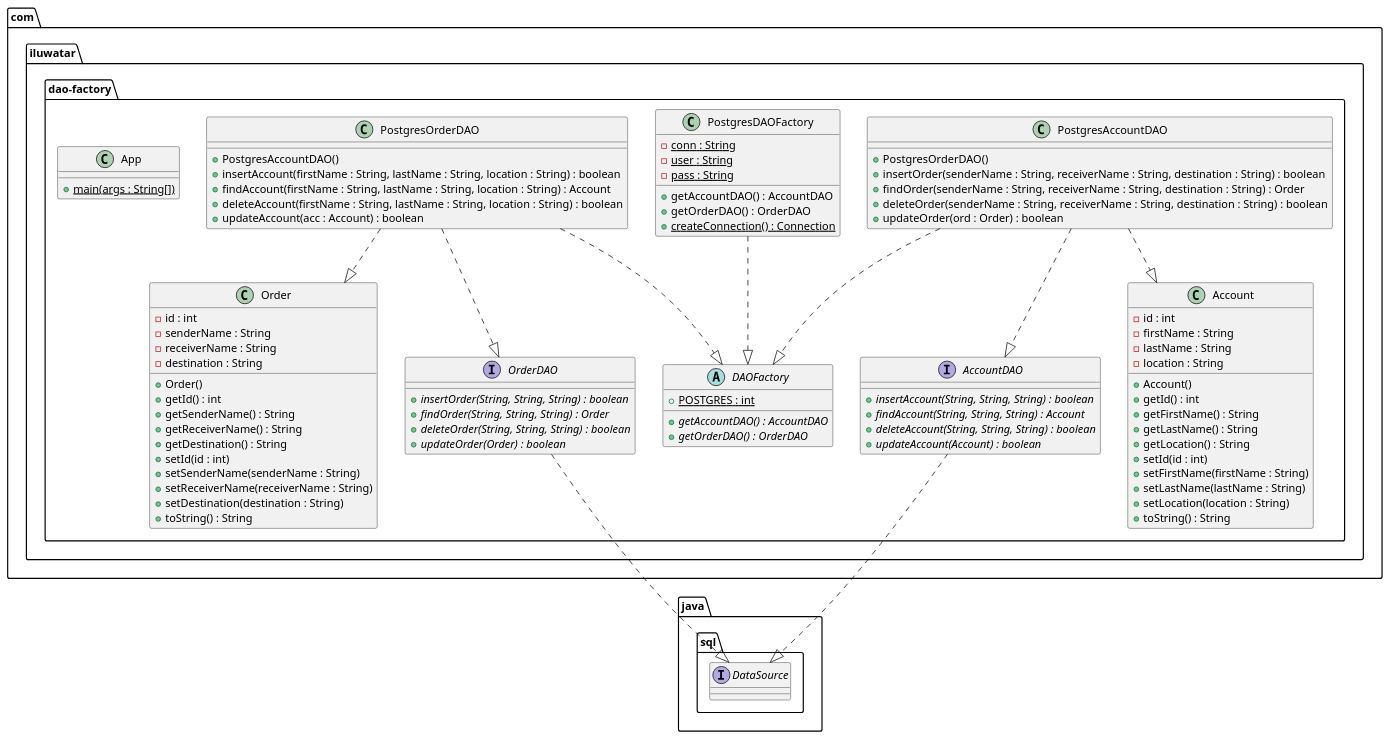
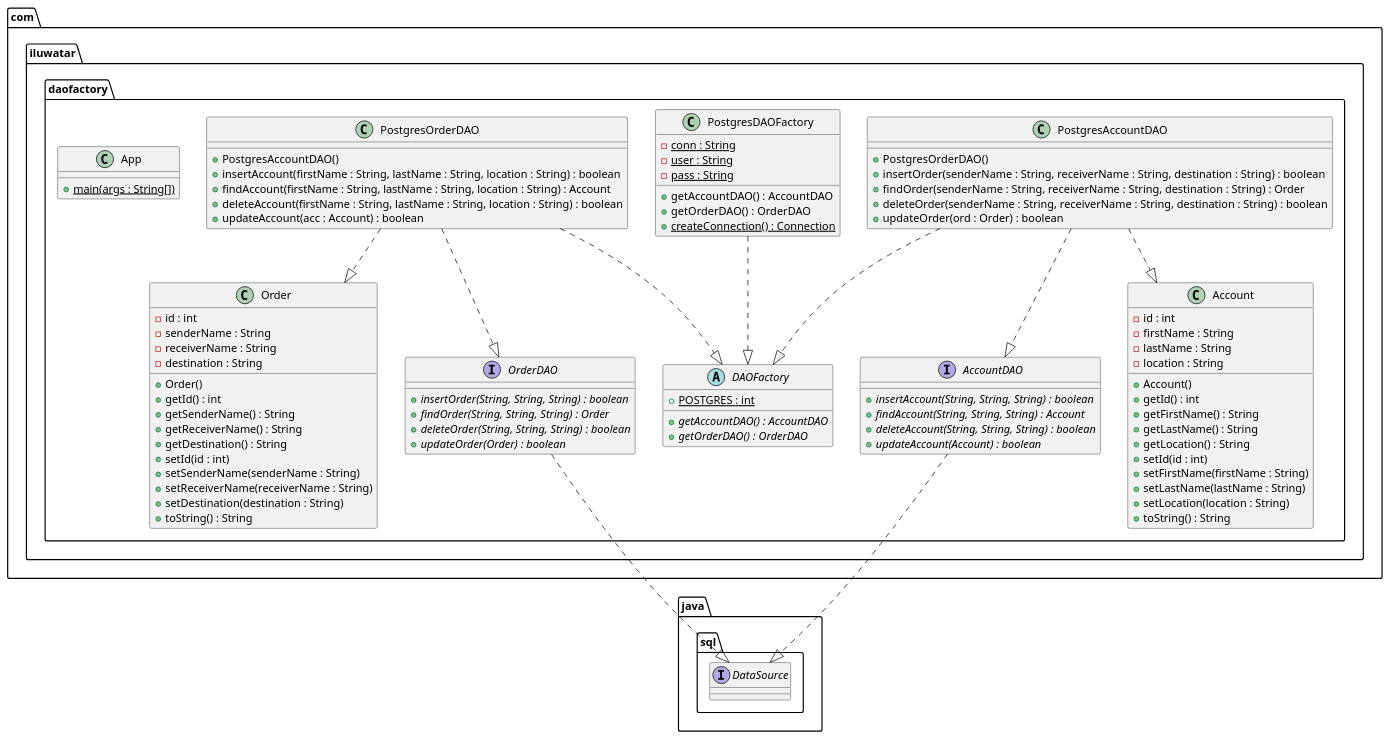
One commit to iluwatar/java-design-patterns changed the diagram in dao-factory/etc/dao-factory.urm.puml. Above: the diagram before and after it, drawn with PlantUML. The commit also changed 2 other files, not shown here.

Commit message:
Updates class diagram

```diff
--- a/dao-factory/etc/dao-factory.urm.puml
+++ b/dao-factory/etc/dao-factory.urm.puml
@@ -1,91 +1,91 @@
 @startuml
-package com.iluwatar.dao-factory {
+package com.iluwatar.daofactory {
     class Account {
     - id : int
     - firstName : String
     - lastName : String
     - location : String
     + Account()
     + getId() : int
     + getFirstName() : String
     + getLastName() : String
     + getLocation() : String
     + setId(id : int)
     + setFirstName(firstName : String)
     + setLastName(lastName : String)
     + setLocation(location : String)
     + toString() : String
   }
   class Order {
     - id : int
     - senderName : String
     - receiverName : String
     - destination : String
     + Order()
     + getId() : int
     + getSenderName() : String
     + getReceiverName() : String
     + getDestination() : String
     + setId(id : int)
     + setSenderName(senderName : String)
     + setReceiverName(receiverName : String)
     + setDestination(destination : String)
     + toString() : String
   }
   interface AccountDAO {
     + insertAccount(String, String, String) : boolean {abstract}
     + findAccount(String, String, String) : Account {abstract}
     + deleteAccount(String, String, String) : boolean {abstract}
     + updateAccount(Account) : boolean {abstract}
   }
   interface OrderDAO {
     + insertOrder(String, String, String) : boolean {abstract}
     + findOrder(String, String, String) : Order {abstract}
     + deleteOrder(String, String, String) : boolean {abstract}
     + updateOrder(Order) : boolean {abstract}
   }
   abstract class DAOFactory {
     + POSTGRES : int {static}
     + getAccountDAO() : AccountDAO {abstract}
     + getOrderDAO() : OrderDAO {abstract}
   }
   class PostgresDAOFactory {
     - conn : String {static}
     - user : String {static}
     - pass : String {static}
     + getAccountDAO() : AccountDAO
     + getOrderDAO() : OrderDAO
     + createConnection() : Connection {static}
   }
   class PostgresAccountDAO {
     + PostgresOrderDAO()
     + insertOrder(senderName : String, receiverName : String, destination : String) : boolean
     + findOrder(senderName : String, receiverName : String, destination : String) : Order
     + deleteOrder(senderName : String, receiverName : String, destination : String) : boolean
     + updateOrder(ord : Order) : boolean
   }
   class PostgresOrderDAO {
     + PostgresAccountDAO()
     + insertAccount(firstName : String, lastName : String, location : String) : boolean
     + findAccount(firstName : String, lastName : String, location : String) : Account
     + deleteAccount(firstName : String, lastName : String, location : String) : boolean
     + updateAccount(acc : Account) : boolean
   }
   class App {
     + main(args : String[]) {static}
   }
 }
 package java.sql {
   interface DataSource {
   }
 }
 PostgresAccountDAO ..|> AccountDAO
 PostgresOrderDAO ..|> OrderDAO
 PostgresAccountDAO ..|> Account
 PostgresOrderDAO ..|> Order
 AccountDAO ..|> DataSource
 OrderDAO ..|> DataSource
 PostgresDAOFactory ..|> DAOFactory
 PostgresAccountDAO ..|> DAOFactory
 PostgresOrderDAO ..|> DAOFactory
 @enduml
```
